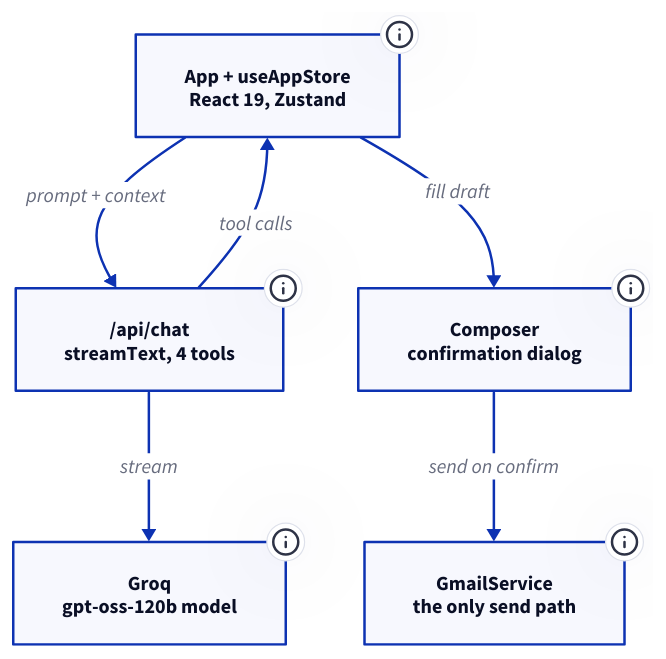
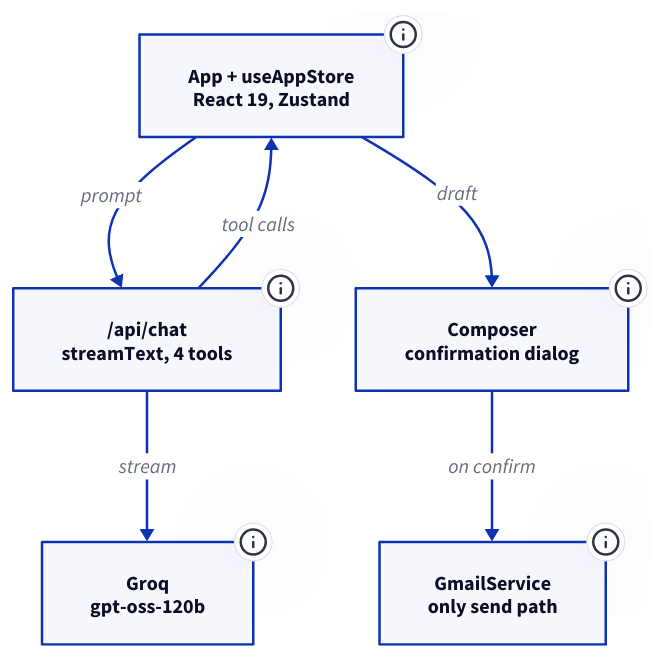
The diagram in data/projects/diagrams/mailflow-ai-assistant.d2 (kunalgoesbyken/portfoliov1), drawn with D2 before and after one commit. The commit also changed 50 other files, not shown here.

First line of the commit message:
Fill the column with every architecture diagram

```diff
--- a/data/projects/diagrams/mailflow-ai-assistant.d2
+++ b/data/projects/diagrams/mailflow-ai-assistant.d2
@@ -1,30 +1,30 @@
 app: App + useAppStore\nReact 19, Zustand {
   class: client
   tooltip: "Each chat request carries the user's text and a small context: current view, selected email, active filters and ten loaded emails. When the stream finishes, useAIChat applies the tool calls to the store, so every AI action is a visible change in the interface."
 }
 
 chat: /api/chat\nstreamText, 4 tools {
   class: service
   tooltip: "Streams a Groq response with openEmail, navigateView, composeEmail and replyToEmail as Zod-typed tools. Each tool only returns an acknowledgement and none can send mail. The system prompt limits the model to email ids in the context."
 }
 
-groq: Groq\ngpt-oss-120b model {
+groq: Groq\ngpt-oss-120b {
   class: model
   tooltip: "Receives the chat history plus a compact context: current view, selected email, filters and the ten most recent emails as 100 character snippets. Replies stream back token by token."
 }
 
 composer: Composer\nconfirmation dialog {
   class: client
   tooltip: "Drafts from the assistant arrive here marked as written by the assistant. They go through the same composer and confirmation dialog as hand-written mail, so the user edits, presses Send and confirms."
 }
 
-gmail: GmailService\nthe only send path {
+gmail: GmailService\nonly send path {
   class: service
   tooltip: "The only way mail leaves the app. The assistant has no send tool, so a send happens only after the user confirms."
 }
 
-app -> chat: prompt + context
+app -> chat: prompt
 chat -> groq: stream
 chat -> app: tool calls
-app -> composer: fill draft
-composer -> gmail: send on confirm
+app -> composer: draft
+composer -> gmail: on confirm
```
